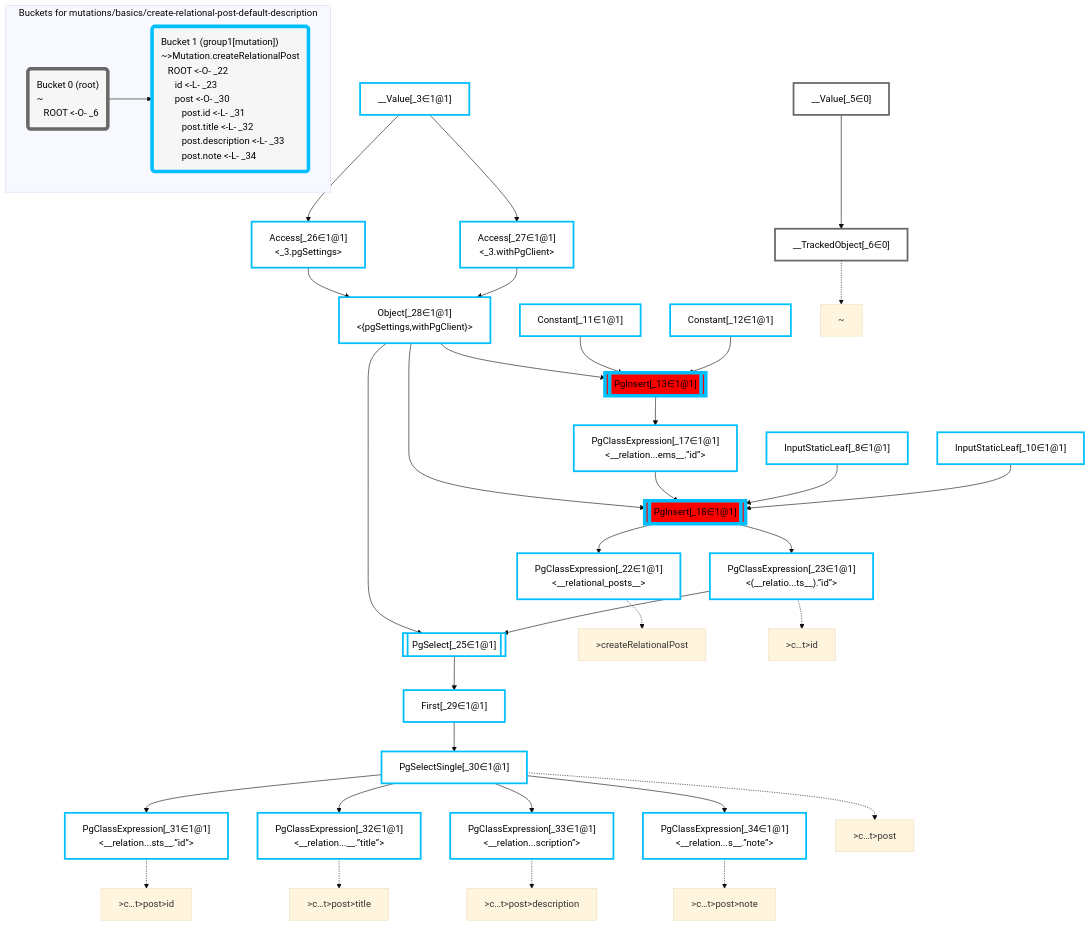
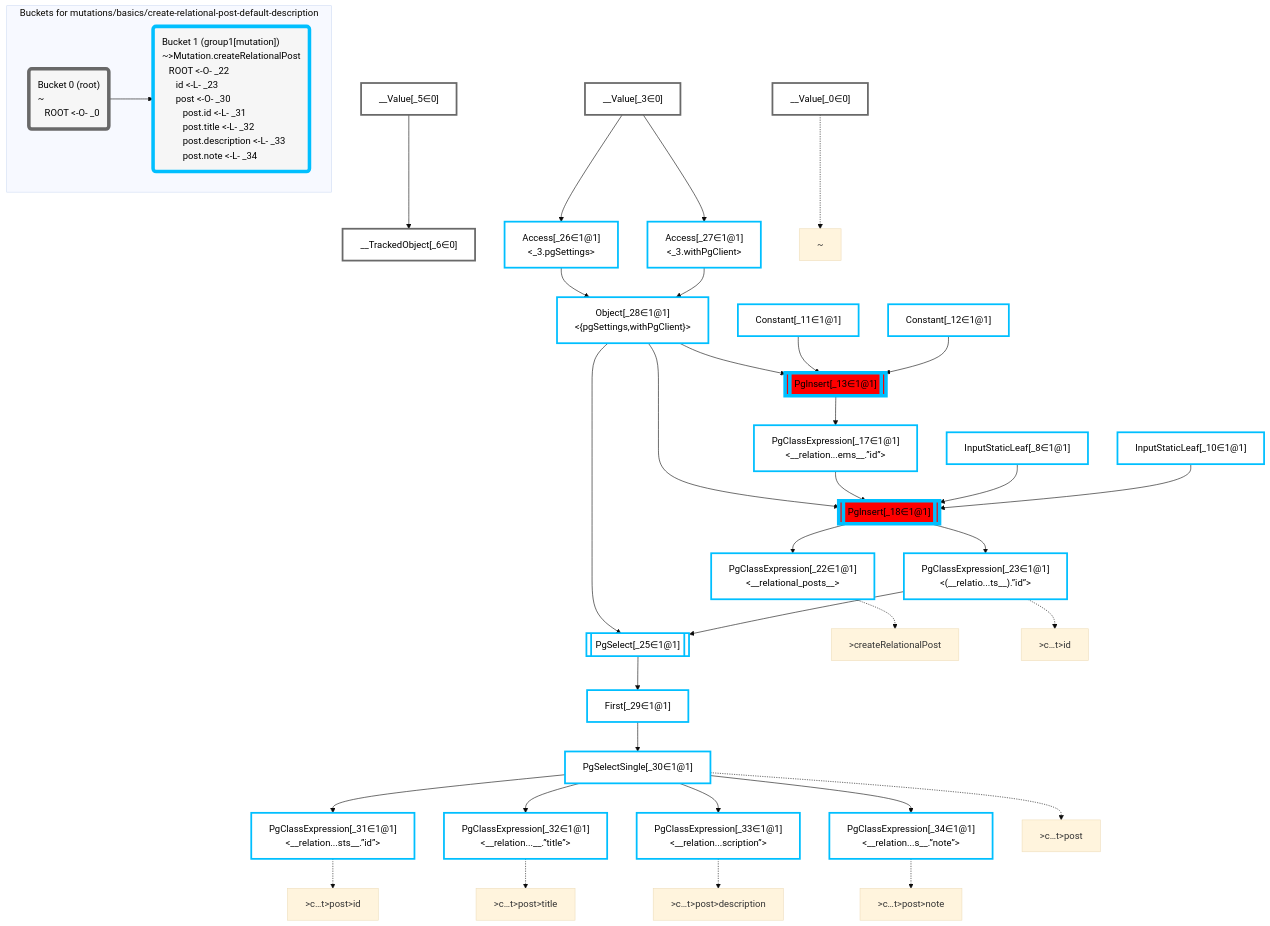
The diagram in packages/dataplan-pg/__tests__/mutations/basics/create-relational-post-default-description.deopt.mermaid.md (graphile/crystal), drawn with Mermaid (base theme) before and after one commit. The commit also changed 193 other files, not shown here.

Commit message:
Update test plan snapshots with new root plan

```diff
--- a/packages/dataplan-pg/__tests__/mutations/basics/create-relational-post-default-description.deopt.mermaid.md
+++ b/packages/dataplan-pg/__tests__/mutations/basics/create-relational-post-default-description.deopt.mermaid.md
@@ -8,7 +8,8 @@
 
 
     %% define plans
-    __Value_3["__Value[_3∈1@1]<br /><context>"]:::plan
+    __Value_0["__Value[_0∈0]"]:::plan
+    __Value_3["__Value[_3∈0]<br /><context>"]:::plan
     __Value_5["__Value[_5∈0]<br /><rootValue>"]:::plan
     __TrackedObject_6["__TrackedObject[_6∈0]"]:::plan
     InputStaticLeaf_8["InputStaticLeaf[_8∈1@1]"]:::plan
@@ -57,8 +58,8 @@
     PgSelectSingle_30 --> PgClassExpression_34
 
     %% plan-to-path relationships
-    P_6["~"]
-    __TrackedObject_6 -.-> P_6
+    P_0["~"]
+    __Value_0 -.-> P_0
     P_22[">createRelationalPost"]
     PgClassExpression_22 -.-> P_22
     P_23[">c…t>id"]
@@ -76,12 +77,12 @@
 
     %% allocate buckets
     classDef bucket0 stroke:#696969
-    class __Value_5,__TrackedObject_6 bucket0
+    class __Value_0,__Value_3,__Value_5,__TrackedObject_6 bucket0
     classDef bucket1 stroke:#00bfff
-    class __Value_3,InputStaticLeaf_8,InputStaticLeaf_10,Constant_11,Constant_12,PgInsert_13,PgClassExpression_17,PgInsert_18,PgClassExpression_22,PgClassExpression_23,PgSelect_25,Access_26,Access_27,Object_28,First_29,PgSelectSingle_30,PgClassExpression_31,PgClassExpression_32,PgClassExpression_33,PgClassExpression_34 bucket1
+    class InputStaticLeaf_8,InputStaticLeaf_10,Constant_11,Constant_12,PgInsert_13,PgClassExpression_17,PgInsert_18,PgClassExpression_22,PgClassExpression_23,PgSelect_25,Access_26,Access_27,Object_28,First_29,PgSelectSingle_30,PgClassExpression_31,PgClassExpression_32,PgClassExpression_33,PgClassExpression_34 bucket1
 
     subgraph "Buckets for mutations/basics/create-relational-post-default-description"
-    Bucket0("Bucket 0 (root)<br />~<br />⠀ROOT <-O- _6"):::bucket
+    Bucket0("Bucket 0 (root)<br />~<br />⠀ROOT <-O- _0"):::bucket
     style Bucket0 stroke:#696969
     Bucket1("Bucket 1 (group1[mutation])<br />~>Mutation.createRelationalPost<br />⠀ROOT <-O- _22<br />⠀⠀id <-L- _23<br />⠀⠀post <-O- _30<br />⠀⠀⠀post.id <-L- _31<br />⠀⠀⠀post.title <-L- _32<br />⠀⠀⠀post.description <-L- _33<br />⠀⠀⠀post.note <-L- _34"):::bucket
     style Bucket1 stroke:#00bfff
```
